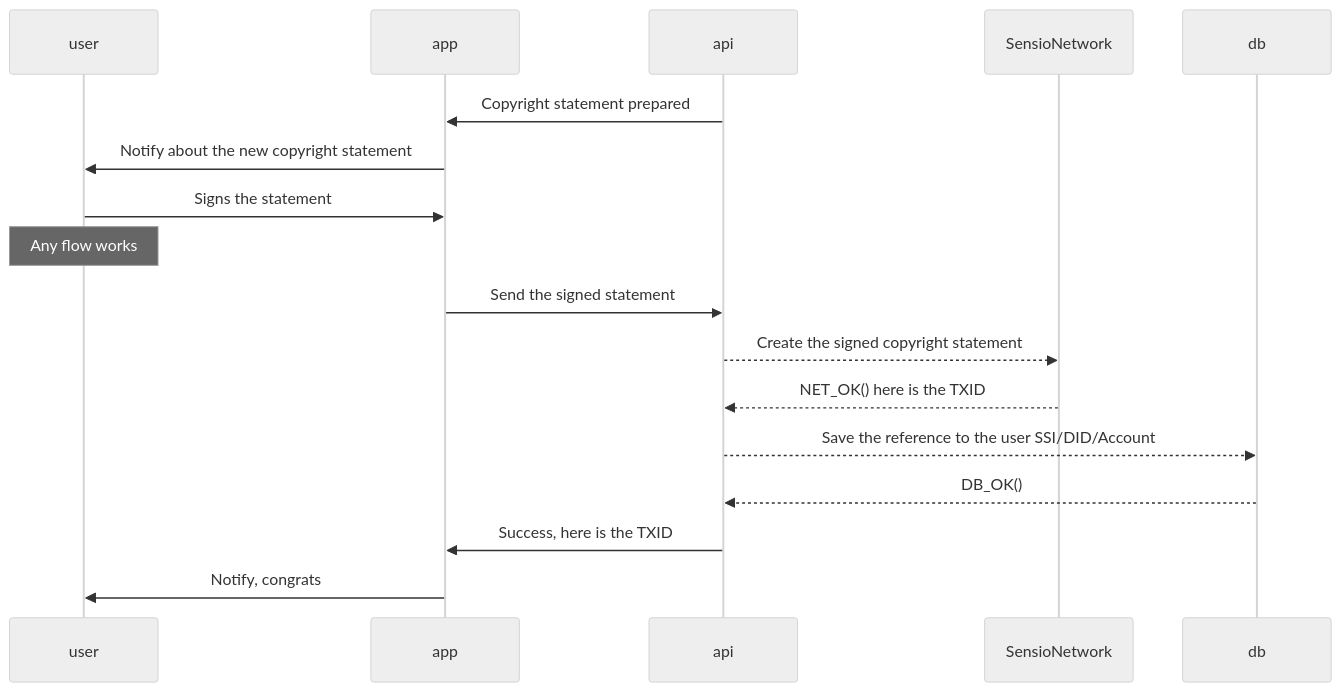
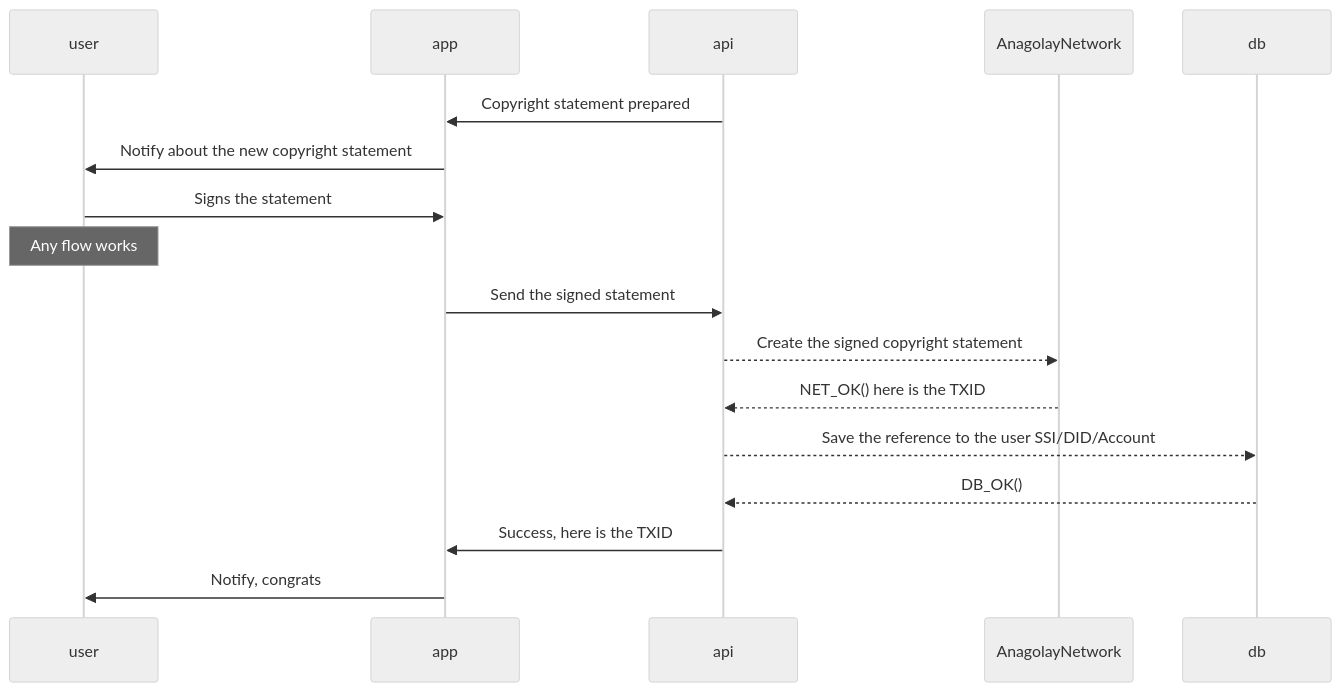
The diagram in docs/tutorials/claim-copyright.md (anagolay-developer-hub/anagolay-developer-hub.github.io), drawn with Mermaid (neutral theme) before and after one commit. The commit also changed 76 other files, not shown here.

````diff
--- a/docs/tutorials/claim-copyright.md
+++ b/docs/tutorials/claim-copyright.md
@@ -8,22 +8,22 @@
 ```mermaid
 
 sequenceDiagram
   participant user
   participant app
   participant api
-  participant SensioNetwork
+  participant AnagolayNetwork
   participant db
 
   api->>app: Copyright statement prepared
   app->>user: Notify about the new copyright statement
   user->>app: Signs the statement
   note over user, user: Any flow works
   app->>api: Send the signed statement
-  api-->>SensioNetwork: Create the signed copyright statement
-  SensioNetwork-->>api: NET_OK() here is the TXID
+  api-->>AnagolayNetwork: Create the signed copyright statement
+  AnagolayNetwork-->>api: NET_OK() here is the TXID
   api-->>db: Save the reference to the user SSI/DID/Account
   db-->>api: DB_OK()
   api->>app: Success, here is the TXID
   app->>user: Notify, congrats
 
 ```
````
